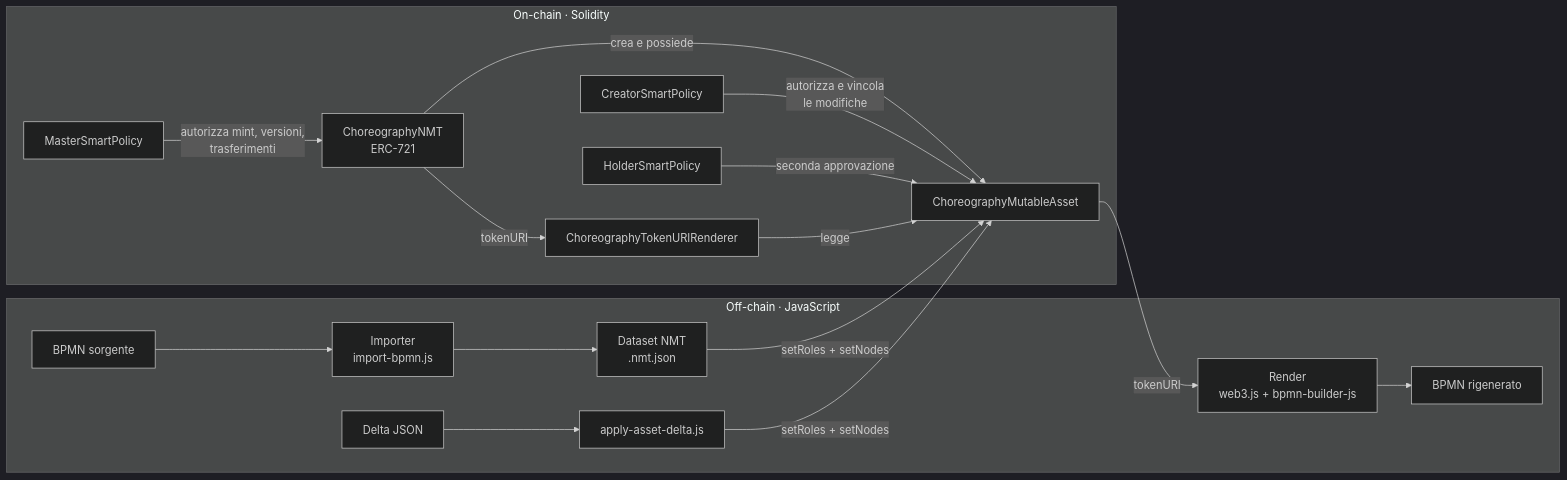
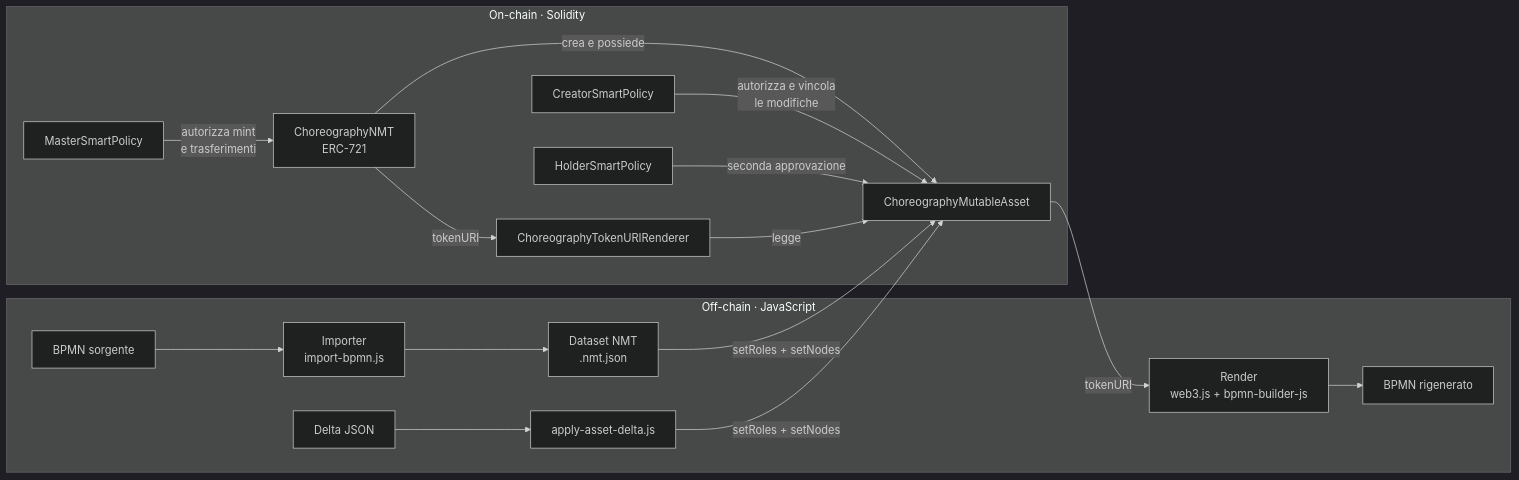
One commit to d0na/ChorNMT changed the first of 3 diagrams in docs/architettura.md. Above: the diagram before and after it, drawn with Mermaid (dark theme). The commit also changed other lines of this file and 18 other files, not shown here.

````diff
--- a/docs/architettura.md
+++ b/docs/architettura.md
@@ -11,20 +11,20 @@
 ```mermaid
 flowchart LR
   subgraph offchain[Off-chain · JavaScript]
     B[BPMN sorgente] --> I[Importer<br/>import-bpmn.js]
     I --> D[Dataset NMT<br/>.nmt.json]
     DL[Delta JSON] --> A[apply-asset-delta.js]
     R[Render<br/>web3.js + bpmn-builder-js] --> X[BPMN rigenerato]
   end
   subgraph onchain[On-chain · Solidity]
     NMT[ChoreographyNMT<br/>ERC-721] -->|crea e possiede| CMA[ChoreographyMutableAsset]
-    MP[MasterSmartPolicy] -->|autorizza mint, versioni,<br/>trasferimenti| NMT
+    MP[MasterSmartPolicy] -->|autorizza mint<br/>e trasferimenti| NMT
     CP[CreatorSmartPolicy] -->|autorizza e vincola<br/>le modifiche| CMA
     HP[HolderSmartPolicy] -->|seconda approvazione| CMA
     TR[ChoreographyTokenURIRenderer] -->|legge| CMA
     NMT -->|tokenURI| TR
   end
   D -->|setRoles + setNodes| CMA
   A -->|setRoles + setNodes| CMA
   CMA -->|tokenURI| R
 ```
````
